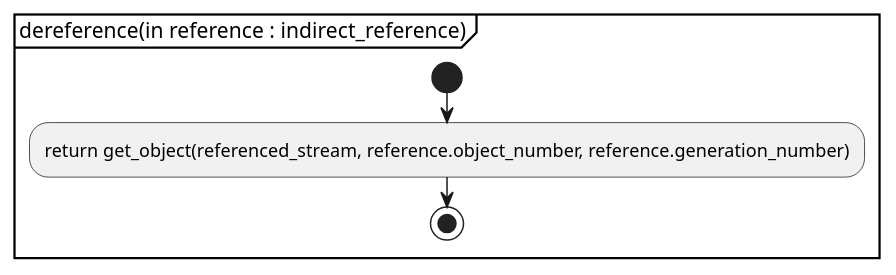
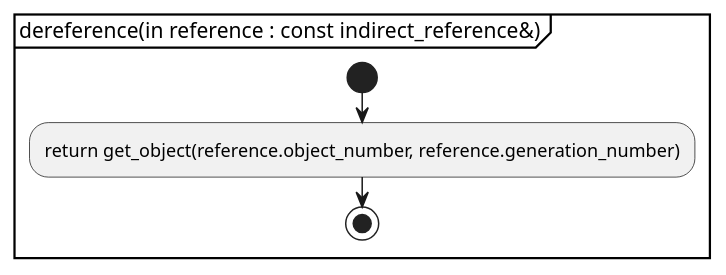
One commit to KodaiYM/PDFReader changed the second of 4 diagrams in document/object_pool.activity.pu. Above: the diagram before and after it, drawn with PlantUML. The commit also changed other lines of this file and 3 other files, not shown here.

```diff
--- a/document/object_pool.activity.pu
+++ b/document/object_pool.activity.pu
@@ -10,7 +10,7 @@
 @startuml dereference of reference
-partition "dereference(in reference : indirect_reference)" {
+partition "dereference(in reference : const indirect_reference&)" {
 start
-	:return get_object(referenced_stream, reference.object_number, reference.generation_number);
+	:return get_object(reference.object_number, reference.generation_number);
 stop
 }
 @enduml
```
